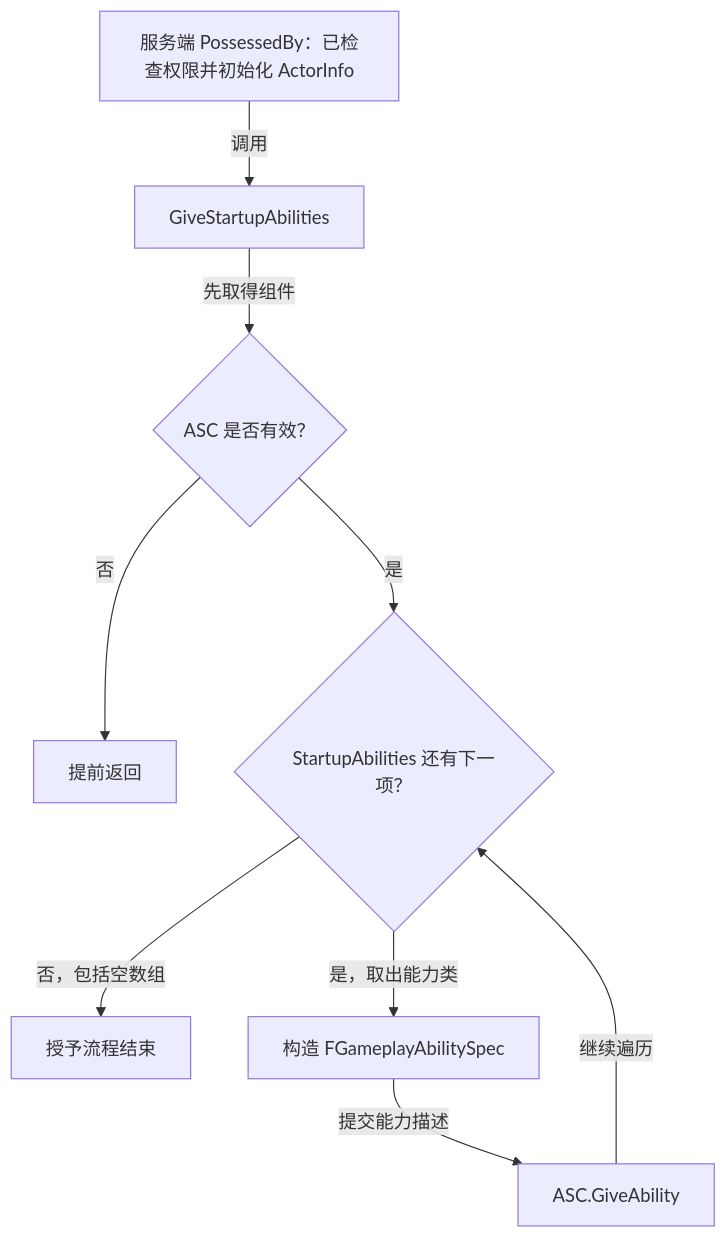
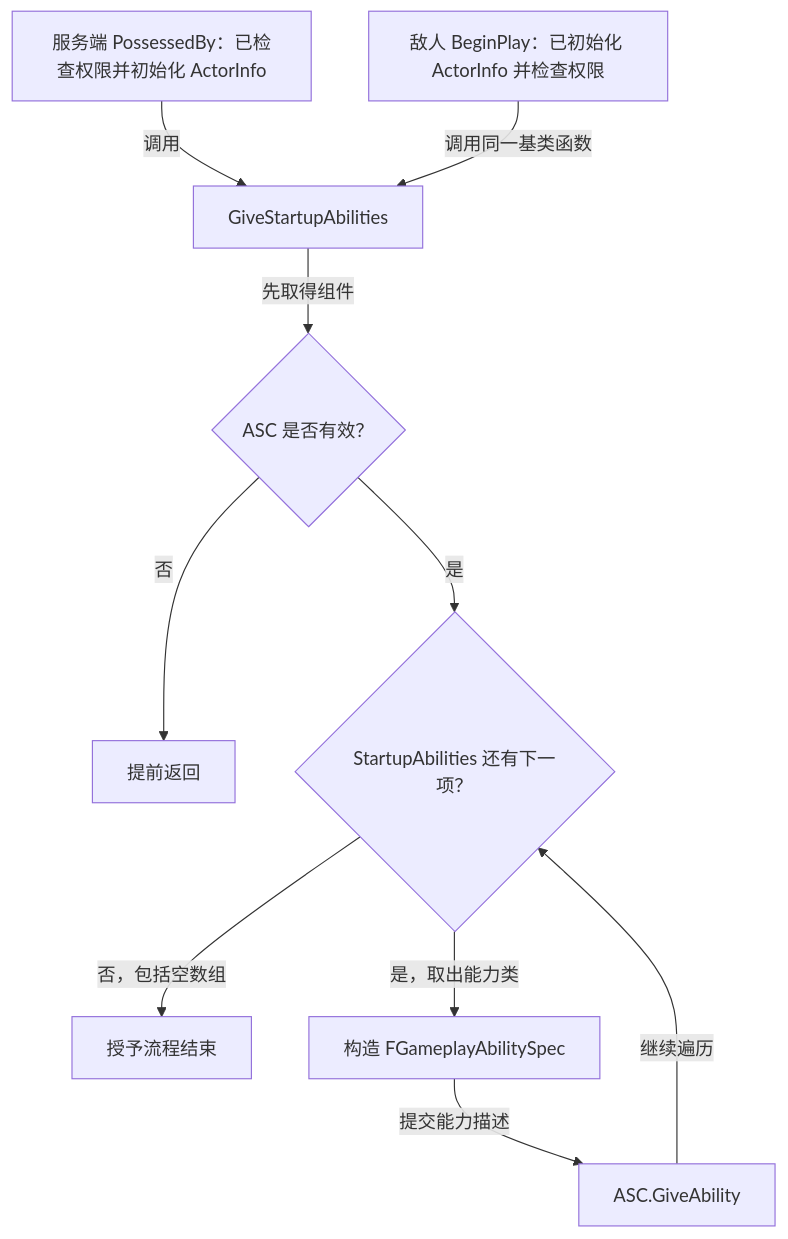
One commit to xue1ong/GAS_StudyNotes changed the second of 2 diagrams in Characters/CharacterBase.md. Above: the diagram before and after it, drawn with Mermaid. The commit also changed other lines of this file and 10 other files, not shown here.

````diff
--- a/Characters/CharacterBase.md
+++ b/Characters/CharacterBase.md
@@ -70,11 +72,12 @@
 ```mermaid
 flowchart TD
     caller["服务端 PossessedBy：已检查权限并初始化 ActorInfo"] -->|"调用"| startup["GiveStartupAbilities"]
+    enemyCaller["敌人 BeginPlay：已初始化 ActorInfo 并检查权限"] -->|"调用同一基类函数"| startup
     startup -->|"先取得组件"| valid{"ASC 是否有效？"}
     valid -->|"否"| earlyReturn["提前返回"]
     valid -->|"是"| nextAbility{"StartupAbilities 还有下一项？"}
     nextAbility -->|"否，包括空数组"| done["授予流程结束"]
     nextAbility -->|"是，取出能力类"| spec["构造 FGameplayAbilitySpec"]
     spec -->|"提交能力描述"| give["ASC.GiveAbility"]
     give -->|"继续遍历"| nextAbility
 ```
````
